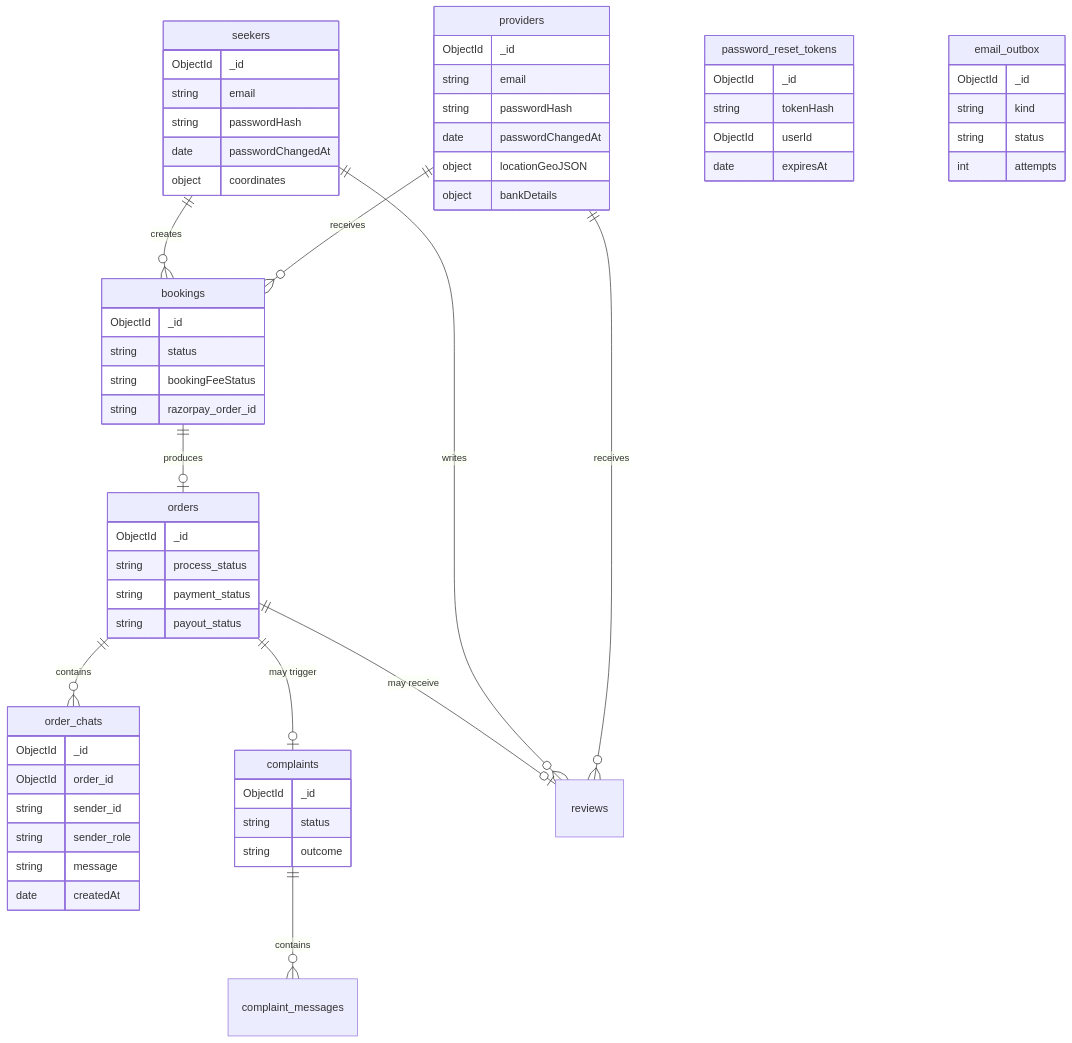
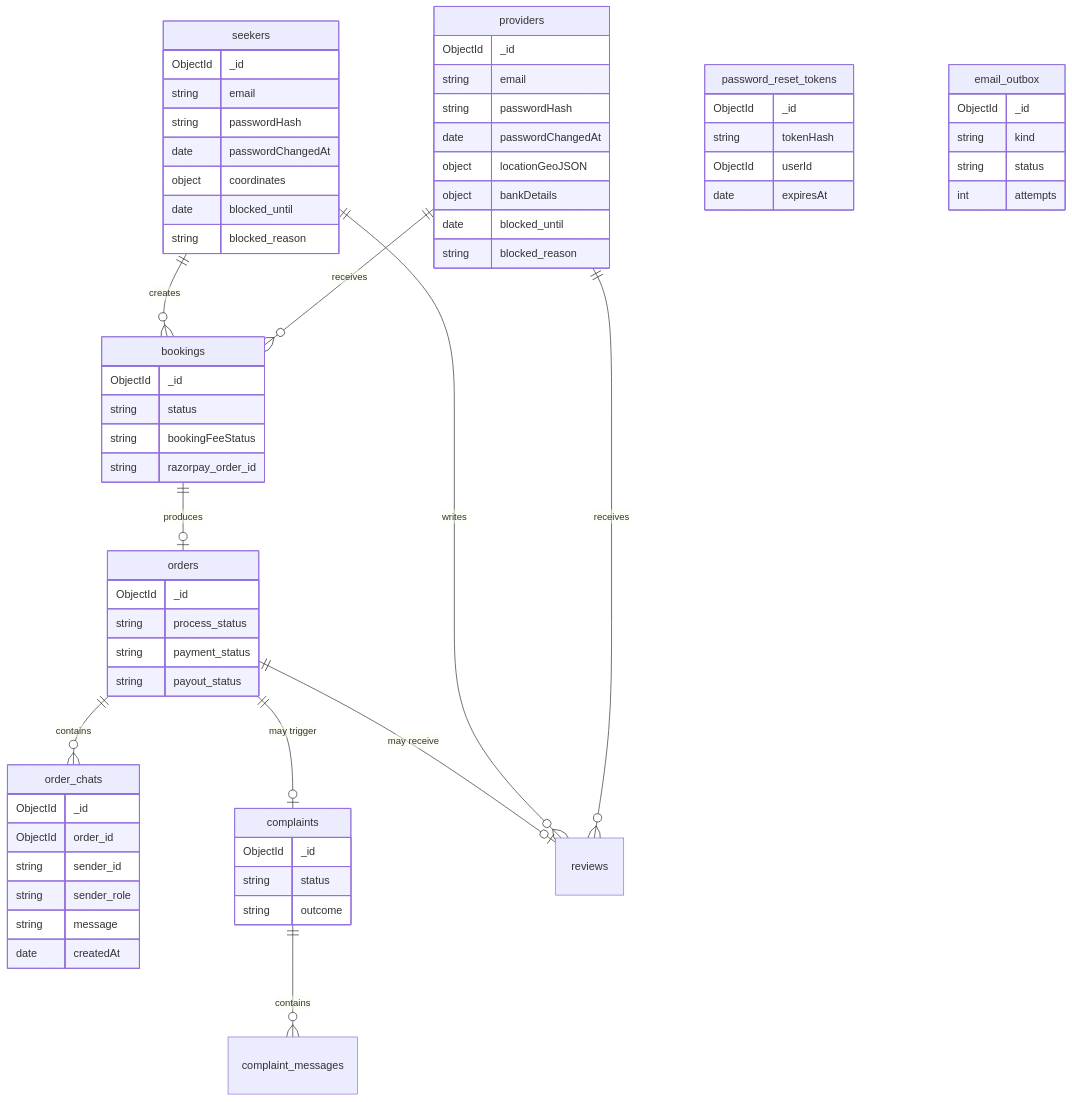
Before and after one commit to ashfakhm/laundry-ease: diagram 14 of 14 in docs/CODEBASE_UNDERSTANDING.md, drawn with Mermaid. The commit also changed other lines of this file, not shown here.

````diff
--- a/docs/CODEBASE_UNDERSTANDING.md
+++ b/docs/CODEBASE_UNDERSTANDING.md
@@ -2247,66 +2260,70 @@
 ```mermaid
 erDiagram
     seekers ||--o{ bookings : "creates"
     providers ||--o{ bookings : "receives"
     bookings ||--o| orders : "produces"
     orders ||--o{ order_chats : "contains"
     orders ||--o| complaints : "may trigger"
     complaints ||--o{ complaint_messages : "contains"
     orders ||--o| reviews : "may receive"
     seekers ||--o{ reviews : "writes"
     providers ||--o{ reviews : "receives"
 
     seekers {
         ObjectId _id
         string email
         string passwordHash
         date passwordChangedAt
         object coordinates
+        date blocked_until
+        string blocked_reason
     }
     providers {
         ObjectId _id
         string email
         string passwordHash
         date passwordChangedAt
         object locationGeoJSON
         object bankDetails
+        date blocked_until
+        string blocked_reason
     }
     bookings {
         ObjectId _id
         string status
         string bookingFeeStatus
         string razorpay_order_id
     }
     orders {
         ObjectId _id
         string process_status
         string payment_status
         string payout_status
     }
     order_chats {
         ObjectId _id
         ObjectId order_id
         string sender_id
         string sender_role
         string message
         date createdAt
     }
     complaints {
         ObjectId _id
         string status
         string outcome
     }
 
     password_reset_tokens {
         ObjectId _id
         string tokenHash
         ObjectId userId
         date expiresAt
     }
     email_outbox {
         ObjectId _id
         string kind
         string status
         int attempts
     }
 ```
````
